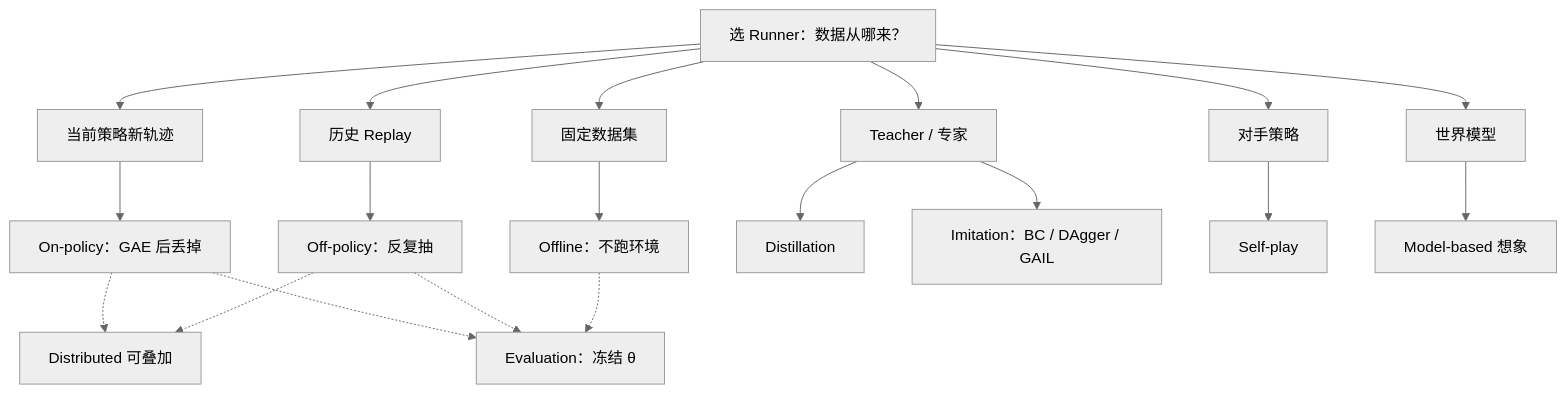
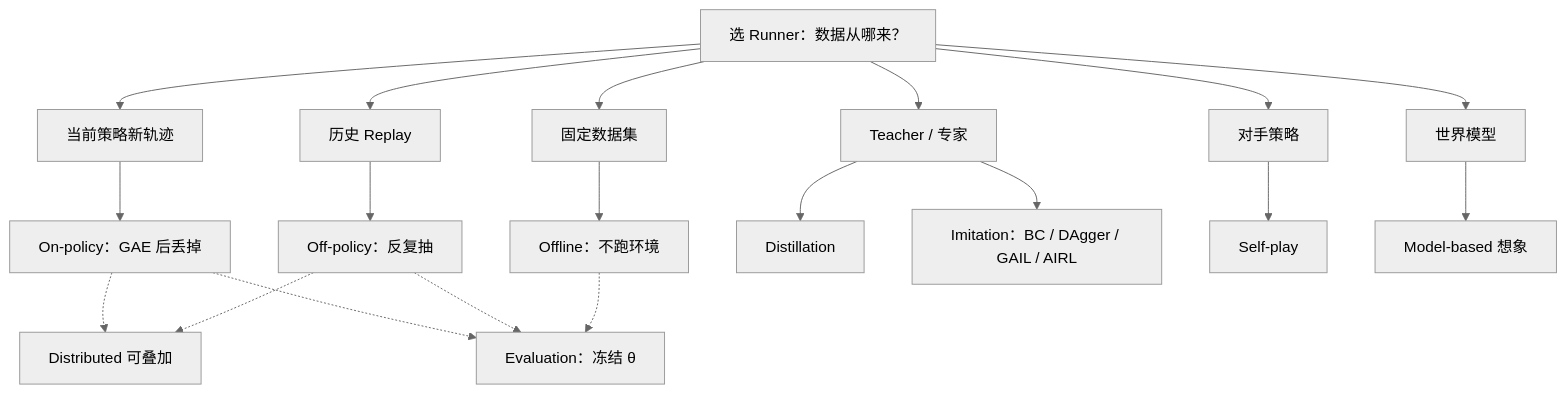
One commit to ImChong/Robotics_Notebooks changed the second of 2 diagrams in wiki/concepts/rl-runner.md. Above: the diagram before and after it, drawn with Mermaid (neutral theme). The commit also changed other lines of this file and 31 other files, not shown here.

````diff
--- a/wiki/concepts/rl-runner.md
+++ b/wiki/concepts/rl-runner.md
@@ -106,22 +107,22 @@
 ```mermaid
 flowchart TD
   Root["选 Runner：数据从哪来？"]
   Root --> Cur["当前策略新轨迹"]
   Root --> Buf["历史 Replay"]
   Root --> Fix["固定数据集"]
   Root --> Tch["Teacher / 专家"]
   Root --> Opp["对手策略"]
   Root --> Wm["世界模型"]
   Cur --> On["On-policy：GAE 后丢掉"]
   Buf --> Off["Off-policy：反复抽"]
   Fix --> OfL["Offline：不跑环境"]
   Tch --> Dist["Distillation"]
-  Tch --> Im["Imitation：BC / DAgger / GAIL"]
+  Tch --> Im["Imitation：BC / DAgger / GAIL / AIRL"]
   Opp --> Sp["Self-play"]
   Wm --> Mb["Model-based 想象"]
   On -.-> DistR["Distributed 可叠加"]
   Off -.-> DistR
   On -.-> Eval["Evaluation：冻结 θ"]
   Off -.-> Eval
   OfL -.-> Eval
 ```
````
